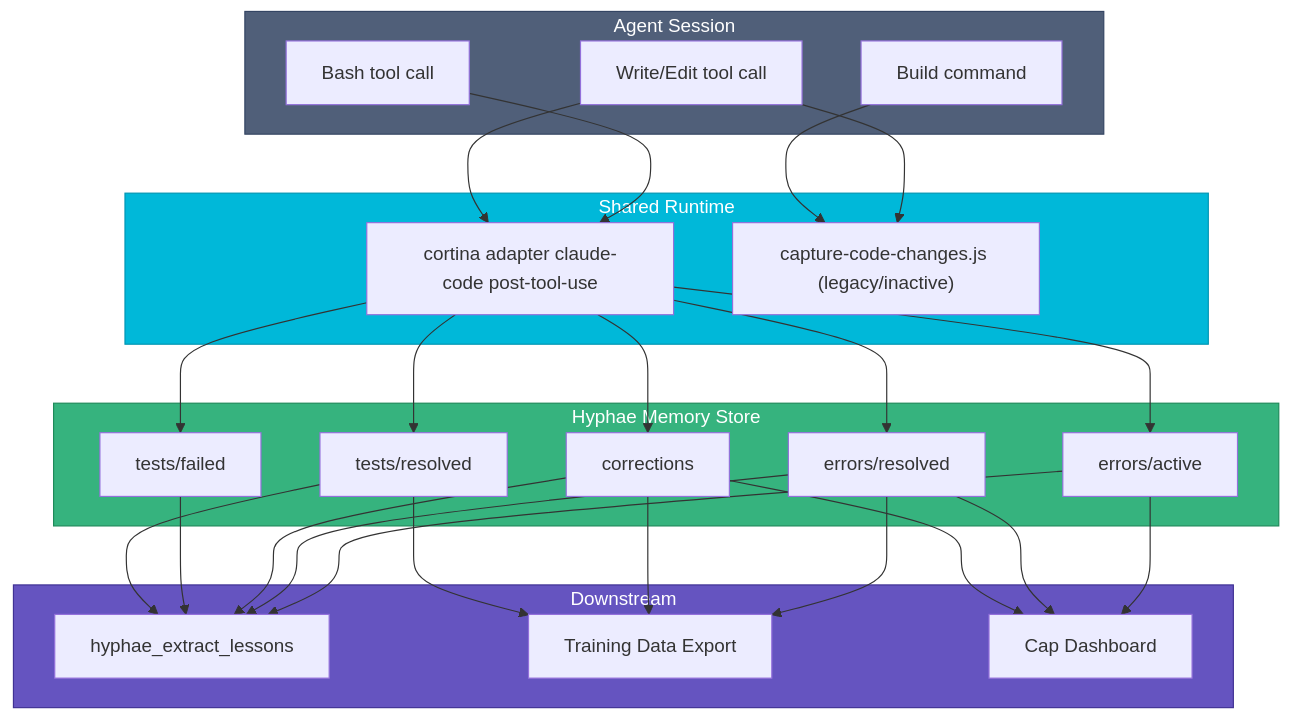
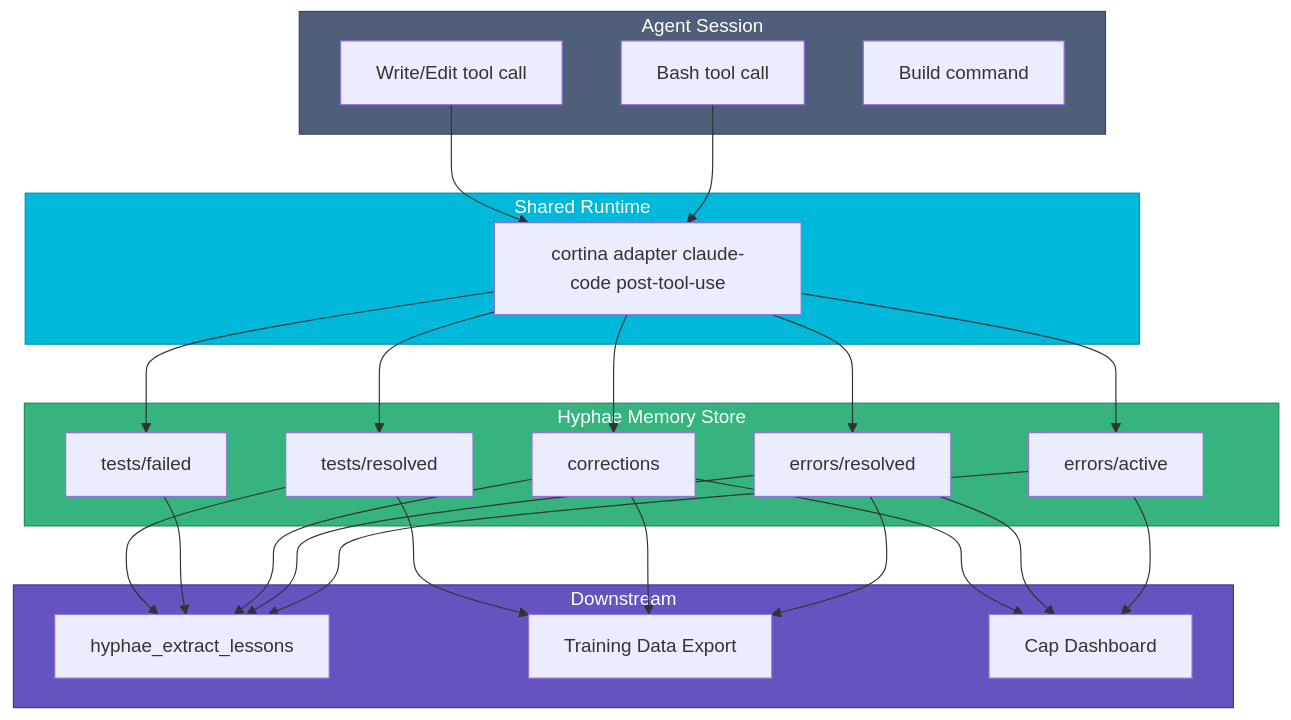
One commit to basidiocarp/lamella changed the first of 2 diagrams in docs/FEEDBACK-CAPTURE.md. Above: the diagram before and after it, drawn with Mermaid. The commit also changed other lines of this file and 358 other files, not shown here.

````diff
--- a/docs/FEEDBACK-CAPTURE.md
+++ b/docs/FEEDBACK-CAPTURE.md
@@ -11,57 +11,54 @@
 ```mermaid
 flowchart TD
     subgraph Agent["Agent Session"]
         Bash["Bash tool call"]
         Write["Write/Edit tool call"]
         Build["Build command"]
     end
 
     subgraph Hooks["Shared Runtime"]
         CPT["cortina adapter claude-code post-tool-use"]
-        CCH["capture-code-changes.js (legacy/inactive)"]
     end
 
     subgraph Hyphae["Hyphae Memory Store"]
         EA["errors/active"]
         ER["errors/resolved"]
         CO["corrections"]
         TF["tests/failed"]
         TR["tests/resolved"]
     end
 
     subgraph Output["Downstream"]
         Lessons["hyphae_extract_lessons"]
         Training["Training Data Export"]
         Cap["Cap Dashboard"]
     end
 
     Bash --> CPT
     Write --> CPT
-    Write --> CCH
-    Build --> CCH
 
     CPT --> EA
     CPT --> ER
     CPT --> CO
     CPT --> TF
     CPT --> TR
 
     EA --> Lessons
     ER --> Lessons
     CO --> Lessons
     TF --> Lessons
     TR --> Lessons
 
     ER --> Training
     CO --> Training
     TR --> Training
 
     EA --> Cap
     ER --> Cap
     CO --> Cap
 
     style Agent fill:#505f79,stroke:#344563,color:#fff
     style Hooks fill:#00b8d9,stroke:#0095b3,color:#fff
     style Hyphae fill:#36b37e,stroke:#1f8a5a,color:#fff
     style Output fill:#6554c0,stroke:#403294,color:#fff
 ```
````
